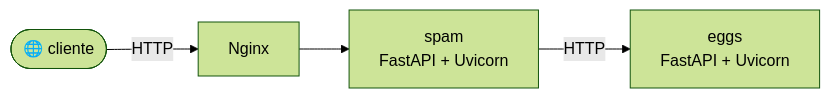
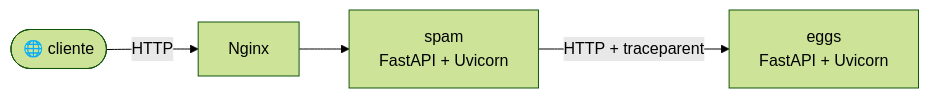
The first of 2 diagrams in README.md (PedroLuizskt/estudos-observabilidade), drawn with Mermaid (forest theme) before and after one commit. The commit also changed other lines of this file and 16 other files, not shown here.

````diff
--- a/README.md
+++ b/README.md
@@ -29,6 +29,6 @@
 ```mermaid
 flowchart LR
     Client([🌐 cliente]) -->|HTTP| N[Nginx]
     N --> S[spam<br/>FastAPI + Uvicorn]
-    S -->|HTTP| E[eggs<br/>FastAPI + Uvicorn]
+    S -->|HTTP + traceparent| E[eggs<br/>FastAPI + Uvicorn]
 ```
````
